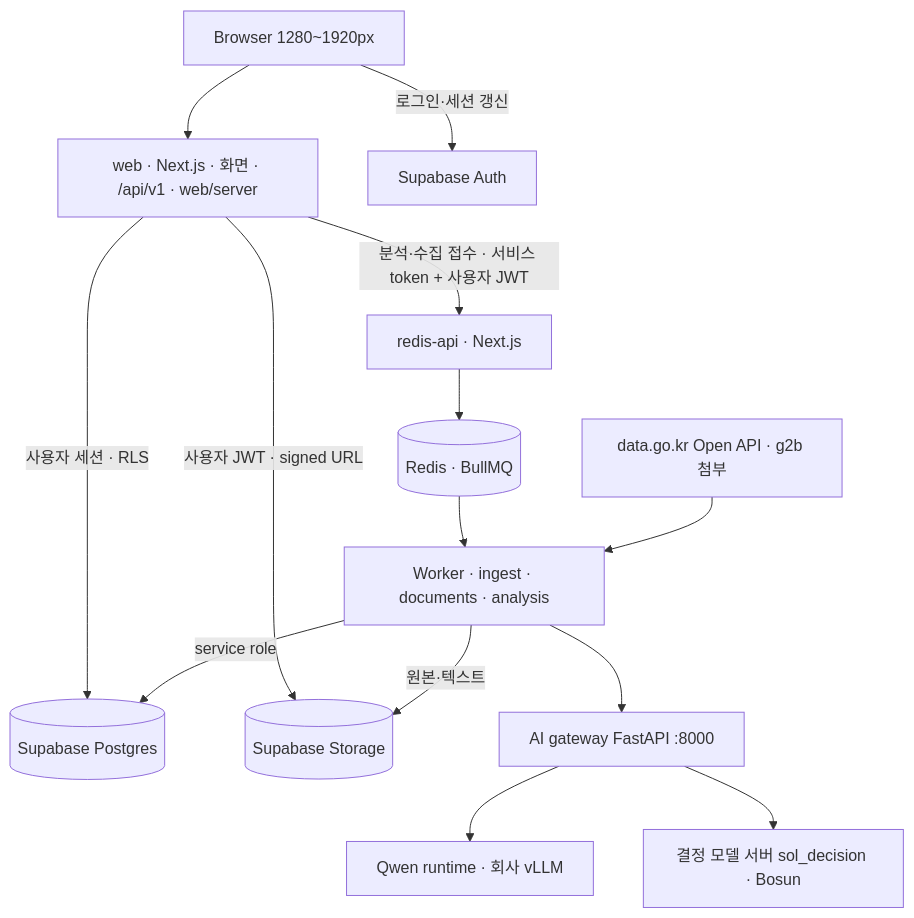
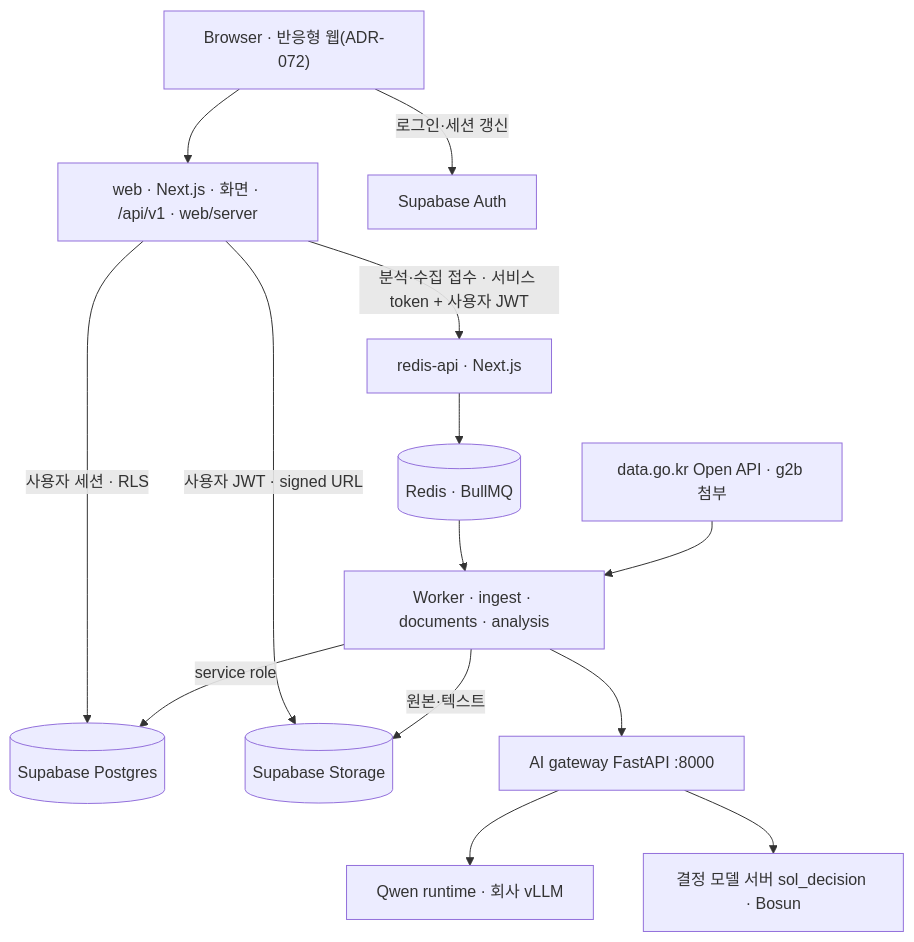
The first of 3 diagrams in docs/02-ARCHITECTURE.md (solideoai/sol-radar), drawn with Mermaid before and after one commit. The commit also changed other lines of this file and 28 other files, not shown here.

````diff
--- a/docs/02-ARCHITECTURE.md
+++ b/docs/02-ARCHITECTURE.md
@@ -46,16 +46,16 @@
 ```mermaid
 flowchart TB
- U["Browser 1280~1920px"] --> V["web · Next.js · 화면 · /api/v1 · web/server"]
+ U["Browser · 반응형 웹(ADR-072)"] --> V["web · Next.js · 화면 · /api/v1 · web/server"]
  U -- 로그인·세션 갱신 --> SA["Supabase Auth"]
  V -- 사용자 세션 · RLS --> PG[("Supabase Postgres")]
  V -- 사용자 JWT · signed URL --> ST[("Supabase Storage")]
  V -- "분석·수집 접수 · 서비스 token + 사용자 JWT" --> RA["redis-api · Next.js"]
  RA --> R[("Redis · BullMQ")]
  R --> W["Worker · ingest · documents · analysis"]
  EXT["data.go.kr Open API · g2b 첨부"] --> W
  W -- service role --> PG
  W -- 원본·텍스트 --> ST
  W --> AI["AI gateway FastAPI :8000"]
  AI --> QW["Qwen runtime · 회사 vLLM"]
  AI --> KEV["결정 모델 서버 sol_decision · Bosun"]
 ```
````
